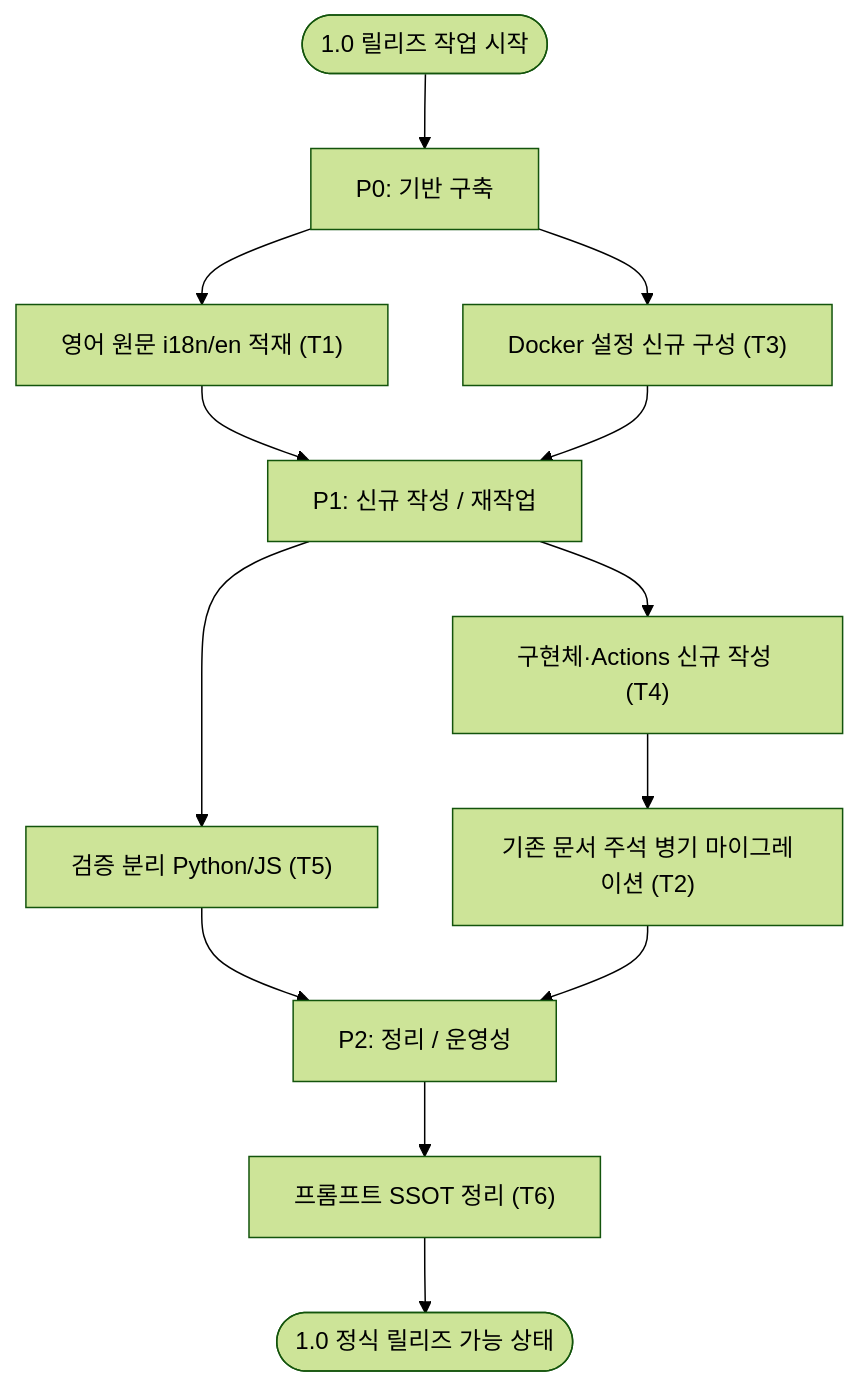
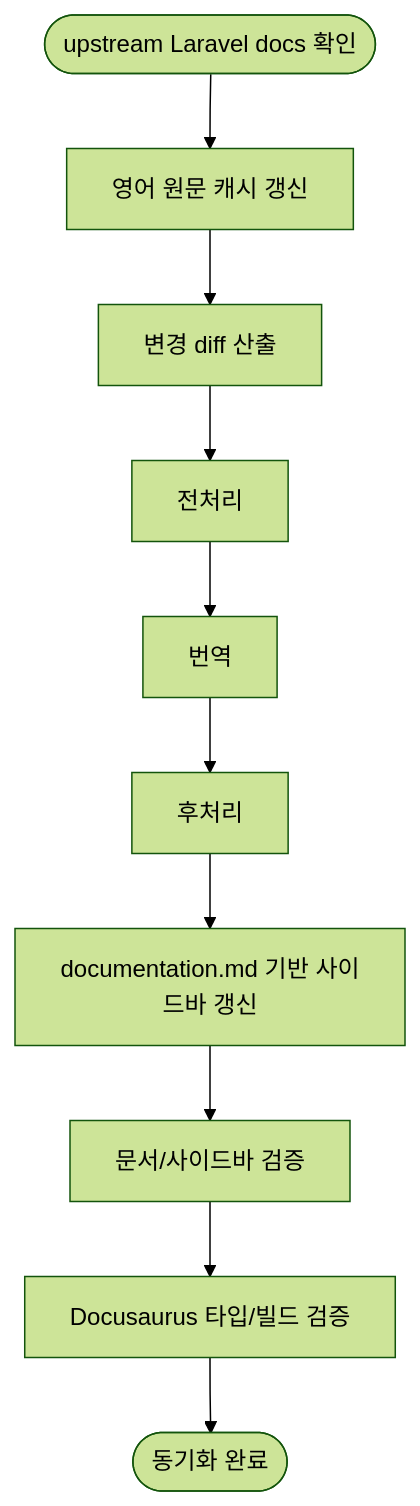
The diagram in translation-sync/docs/05-additional-work.md (letsescape/laravel-docs), drawn with Mermaid (forest theme) before and after one commit. The commit also changed other lines of this file and 4 other files, not shown here.

````diff
--- a/translation-sync/docs/05-additional-work.md
+++ b/translation-sync/docs/05-additional-work.md
@@ -24,20 +19,12 @@
 ```mermaid
 flowchart TD
-    A([1.0 릴리즈 작업 시작]) --> P0["P0: 기반 구축"]
-    P0 --> P0a["영어 원문 i18n/en 적재 (T1)"]
-    P0 --> P0b["Docker 설정 신규 구성 (T3)"]
-
-    P0a --> P1["P1: 신규 작성 / 재작업"]
-    P0b --> P1
-
-    P1 --> P1a["구현체·Actions 신규 작성 (T4)"]
-    P1 --> P1b["검증 분리 Python/JS (T5)"]
-    P1a --> P1c["기존 문서 주석 병기 마이그레이션 (T2)"]
-
-    P1b --> P2["P2: 정리 / 운영성"]
-    P1c --> P2
-
-    P2 --> P2a["프롬프트 SSOT 정리 (T6)"]
-
-    P2a --> Z([1.0 정식 릴리즈 가능 상태])
+    A([upstream Laravel docs 확인]) --> B["영어 원문 캐시 갱신"]
+    B --> C["변경 diff 산출"]
+    C --> D["전처리"]
+    D --> E["번역"]
+    E --> F["후처리"]
+    F --> G["documentation.md 기반 사이드바 갱신"]
+    G --> H["문서/사이드바 검증"]
+    H --> I["Docusaurus 타입/빌드 검증"]
+    I --> Z([동기화 완료])
 ```
````
